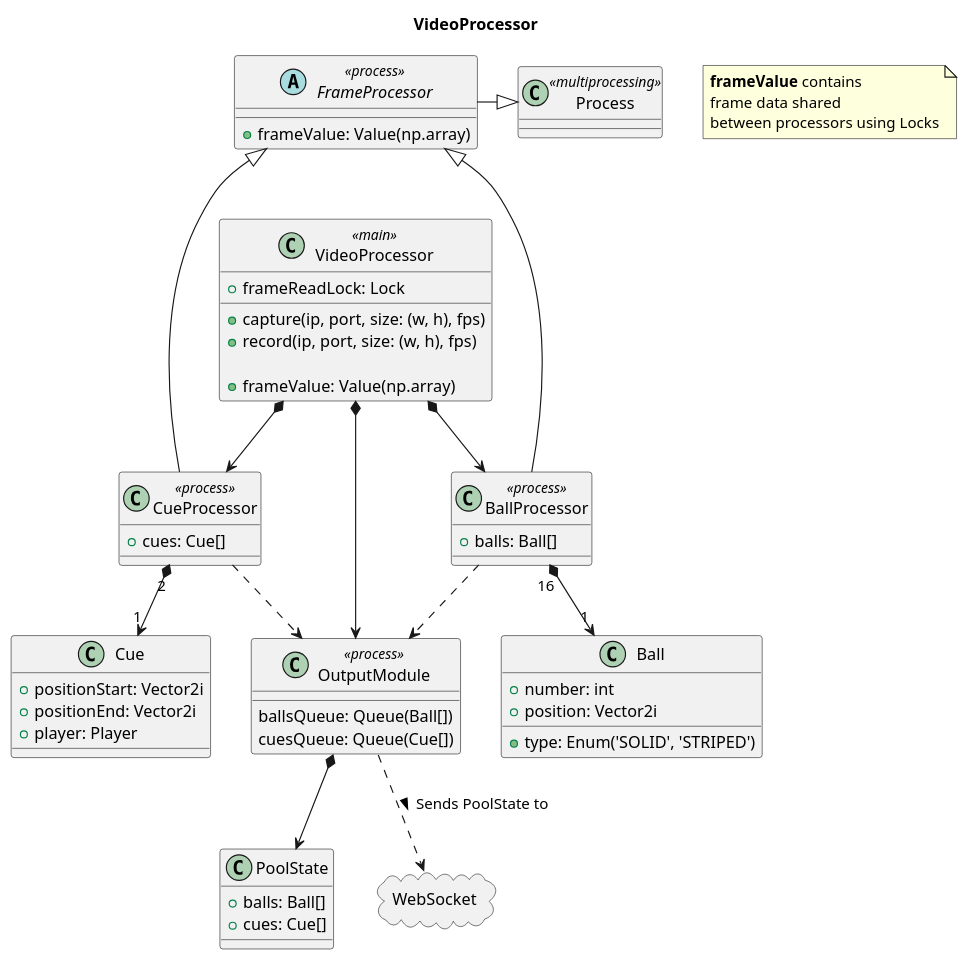
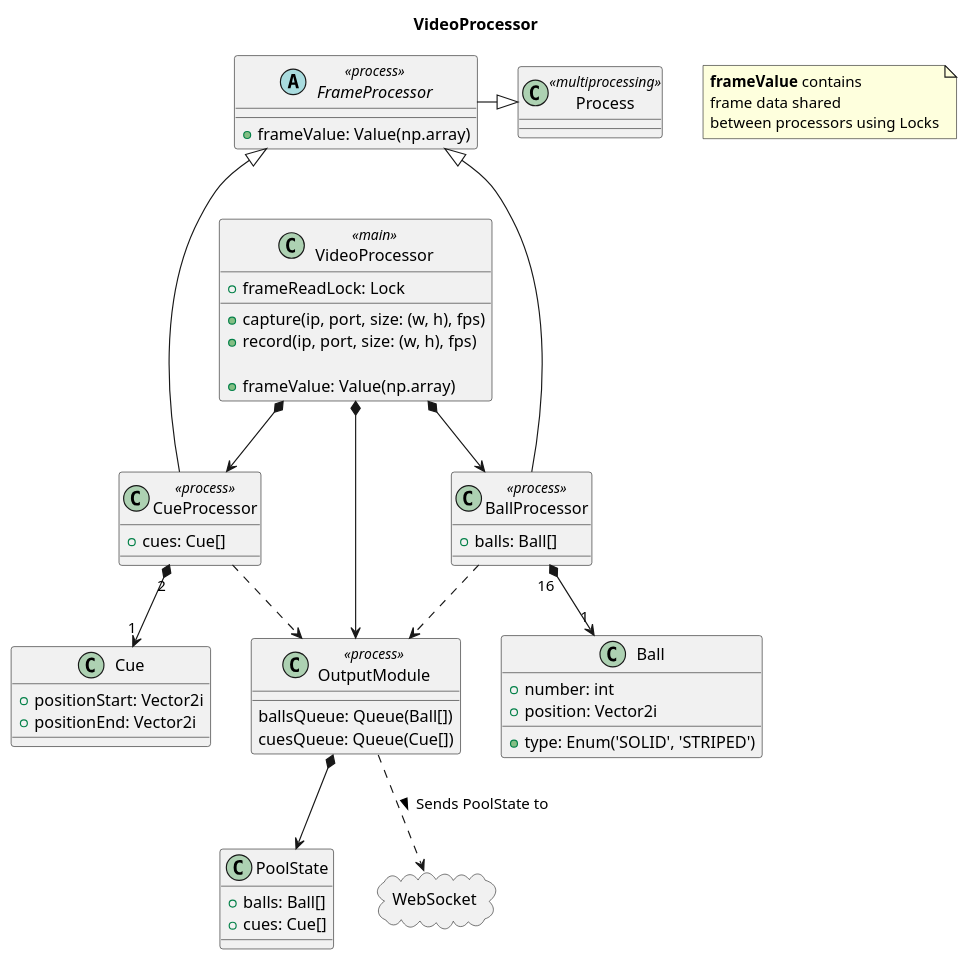
Before and after one commit to damiankoper/ripo: the diagram in docs/src/diagrams/src/VideoProcessor.pu, drawn with PlantUML. The commit also changed 9 other files, not shown here.

```diff
--- a/docs/src/diagrams/src/VideoProcessor.pu
+++ b/docs/src/diagrams/src/VideoProcessor.pu
@@ -1,77 +1,76 @@
 @startuml video_processor_cd
 title VideoProcessor
 allowmixing
 
 note as note
  <b>frameValue</b> contains
  frame data shared
  between processors using Locks
 end note
 
 class VideoProcessor <<main>>{
     + capture(ip, port, size: (w, h), fps)
     + record(ip, port, size: (w, h), fps)
 
     + frameValue: Value(np.array)
     + frameReadLock: Lock
 }
 
 abstract class FrameProcessor <<process>>{
     + frameValue: Value(np.array)
 }
 
 class CueProcessor <<process>> {
     + cues: Cue[]
 }
 
 class BallProcessor <<process>> {
     + balls: Ball[]
 }
 
 class OutputModule <<process>> {
     ballsQueue: Queue(Ball[])
     cuesQueue: Queue(Cue[])
 }
 
 BallProcessor ..> OutputModule
 CueProcessor ..> OutputModule 
 
 FrameProcessor <|--- BallProcessor
 FrameProcessor <|--- CueProcessor
 
 class Process <<multiprocessing>>
 
 
 VideoProcessor *--> CueProcessor
 VideoProcessor *--> BallProcessor
 VideoProcessor *---> OutputModule
 
 FrameProcessor -|> Process
 
 class Cue {
     + positionStart: Vector2i
     + positionEnd: Vector2i
-    + player: Player
 }
 
 class Ball {
     + number: int
     + position: Vector2i
     + type: Enum('SOLID', 'STRIPED')
 }
 
 class PoolState {
     + balls: Ball[]
     + cues: Cue[]
 }
 
 
 cloud WebSocket
 
 OutputModule *--> PoolState
 OutputModule ..> WebSocket : Sends PoolState to >
 
 CueProcessor "2" *--> "1" Cue
 BallProcessor "16" *--> "1" Ball
 
 @enduml
```
